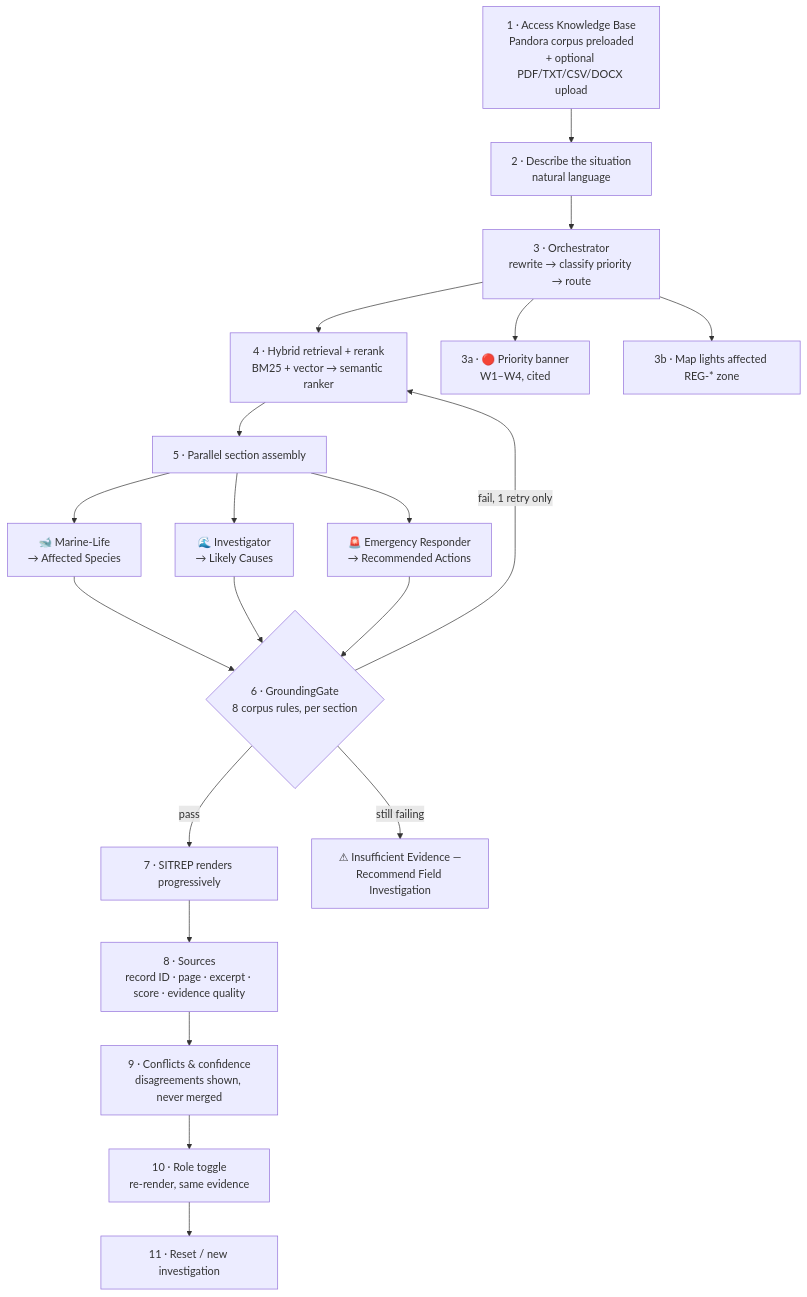
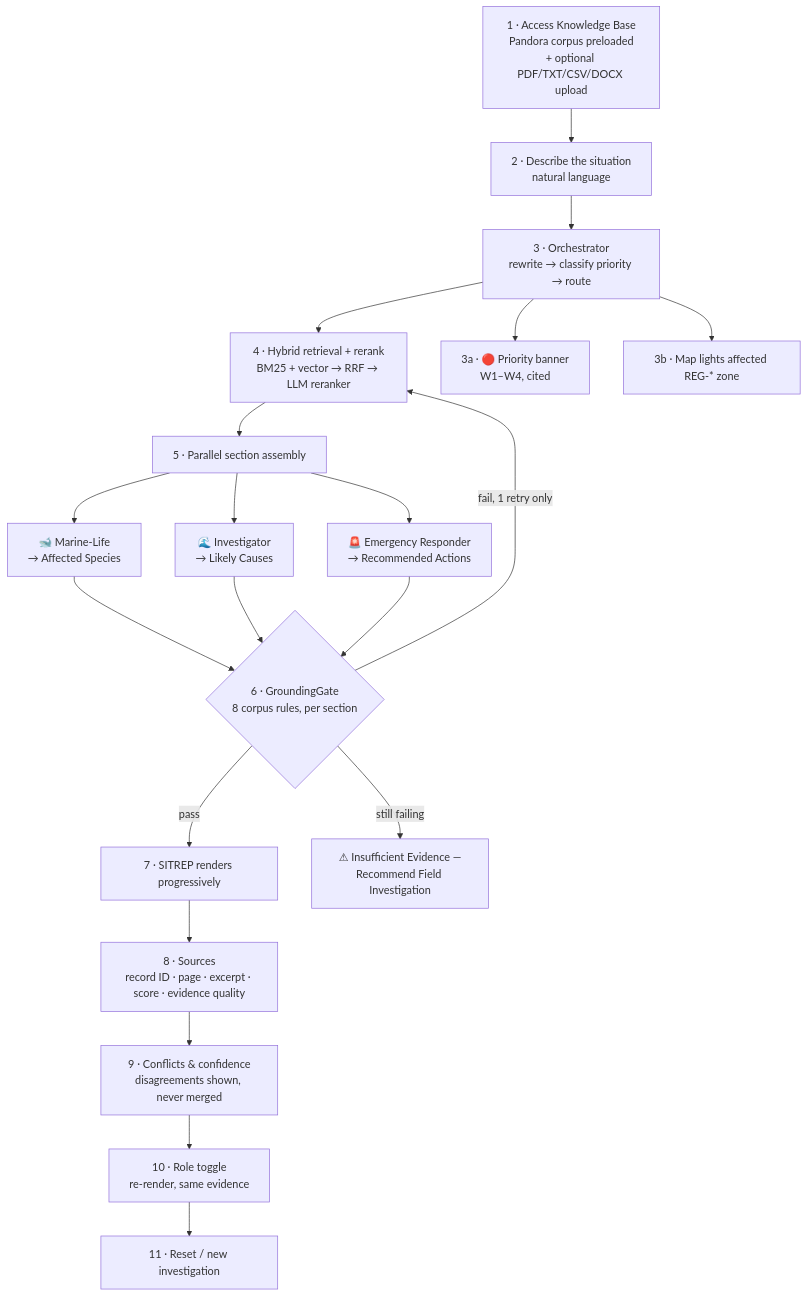
One commit to lakshitha-dev/Pandora changed the diagram in SOLUTION.md. Above: the diagram before and after it, drawn with Mermaid. The commit also changed other lines of this file and 7 other files, not shown here.

````diff
--- a/SOLUTION.md
+++ b/SOLUTION.md
@@ -164,21 +187,21 @@
 ```mermaid
 flowchart TD
     A["1 · Access Knowledge Base<br/>Pandora corpus preloaded<br/>+ optional PDF/TXT/CSV/DOCX upload"] --> B
     B["2 · Describe the situation<br/>natural language"] --> C
     C["3 · Orchestrator<br/>rewrite → classify priority → route"] --> D
     C --> M["3a · 🔴 Priority banner<br/>W1–W4, cited"]
     C --> N["3b · Map lights affected REG-* zone"]
-    D["4 · Hybrid retrieval + rerank<br/>BM25 + vector → semantic ranker"] --> E
+    D["4 · Hybrid retrieval + rerank<br/>BM25 + vector → RRF → LLM reranker"] --> E
     E["5 · Parallel section assembly"] --> E1 & E2 & E3
     E1["🐋 Marine-Life<br/>→ Affected Species"] --> F
     E2["🌊 Investigator<br/>→ Likely Causes"] --> F
     E3["🚨 Emergency Responder<br/>→ Recommended Actions"] --> F
     F{"6 · GroundingGate<br/>8 corpus rules, per section"}
     F -->|pass| G["7 · SITREP renders progressively"]
     F -->|fail, 1 retry only| D
     F -->|still failing| H["⚠ Insufficient Evidence —<br/>Recommend Field Investigation"]
     G --> I["8 · Sources<br/>record ID · page · excerpt · score · evidence quality"]
     I --> J["9 · Conflicts & confidence<br/>disagreements shown, never merged"]
     J --> L["10 · Role toggle<br/>re-render, same evidence"]
     L --> K["11 · Reset / new investigation"]
 ```
````
